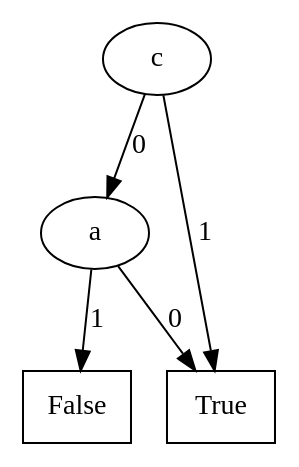
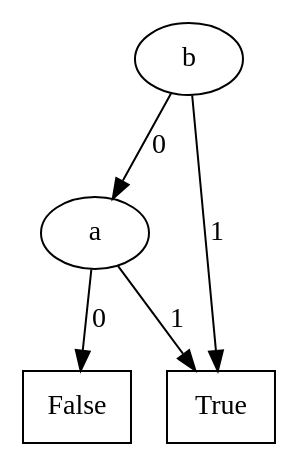
One commit to lputruele/tesis changed the diagram in Mu-calculus_model_checker/f11.dot. Above: the diagram before and after it, drawn with Graphviz. The commit also changed 19 other files, not shown here.

```diff
--- a/Mu-calculus_model_checker/f11.dot
+++ b/Mu-calculus_model_checker/f11.dot
@@ -1,23 +1,23 @@
 digraph BDD {
 node[shape=oval];
-3[label="c"];
+3[label="b"];
 2[label="a"];
+node[shape=rectangle];
+0[label=False];
+node[shape=oval];
+
+2->0[label=0];
 node[shape=rectangle];
 1[label=True];
 node[shape=oval];
 
-2->1[label=0];
-node[shape=rectangle];
-0[label=False];
-node[shape=oval];
-
-2->0[label=1];
+2->1[label=1];
 
 3->2[label=0];
 node[shape=rectangle];
 1[label=True];
 node[shape=oval];
 
 3->1[label=1];
 
 }
```
